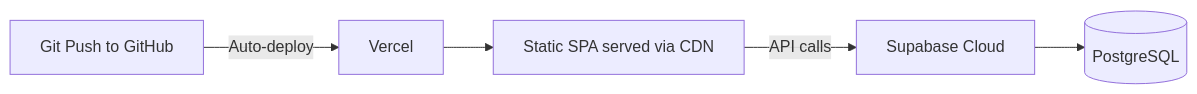
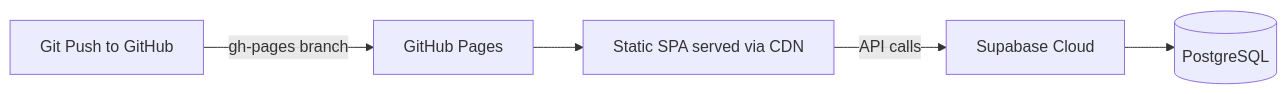
One commit to Ronodeep/expense-tracker changed the third of 3 diagrams in implementation_plan.md. Above: the diagram before and after it, drawn with Mermaid. The commit also changed other lines of this file and 1 other file, not shown here.

Commit message:
docs: update deployment platform to GitHub Pages and mark completed phases

````diff
--- a/implementation_plan.md
+++ b/implementation_plan.md
@@ -336,7 +336,7 @@
 ```mermaid
 graph LR
-    A[Git Push to GitHub] -->|Auto-deploy| B[Vercel]
+    A[Git Push to GitHub] -->|gh-pages branch| B[GitHub Pages]
     B --> C[Static SPA served via CDN]
     C -->|API calls| D[Supabase Cloud]
     D --> E[(PostgreSQL)]
 ```
````
